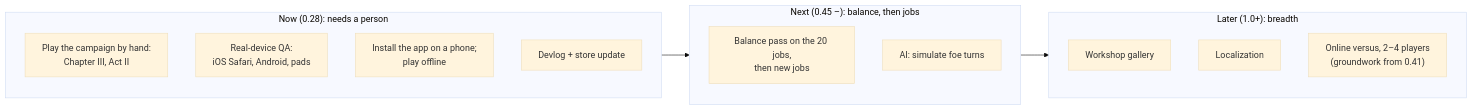
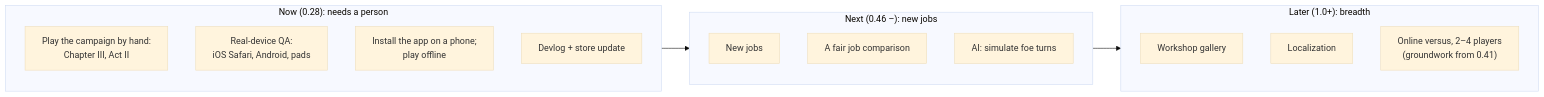
Before and after one commit to CptNope/Chess-RPG-Tactics: the second of 4 diagrams in docs/ROADMAP.md, drawn with Mermaid (base theme). The commit also changed other lines of this file and 17 other files, not shown here.

First line of the commit message:
0.45.0: balance pass on the engine; AUTO holds back

````diff
--- a/docs/ROADMAP.md
+++ b/docs/ROADMAP.md
@@ -121,22 +123,23 @@
 ```mermaid
 flowchart LR
     subgraph NOW["Now (0.28): needs a person"]
         direction TB
         N1["Play the campaign by hand:<br/>Chapter III, Act II"]
         N2["Real-device QA:<br/>iOS Safari, Android, pads"]
         N3["Install the app on a phone;<br/>play offline"]
         N4["Devlog + store update"]
     end
-    subgraph NEXT["Next (0.45 –): balance, then jobs"]
+    subgraph NEXT["Next (0.46 –): new jobs"]
         direction TB
-        X5["Balance pass on the 20 jobs,<br/>then new jobs"]
+        X5["New jobs"]
+        X6["A fair job comparison"]
         X1["AI: simulate foe turns"]
     end
     subgraph LATER["Later (1.0+): breadth"]
         direction TB
         L4["Workshop gallery"]
         L6["Localization"]
         L7["Online versus, 2–4 players<br/>(groundwork from 0.41)"]
     end
     NOW --> NEXT --> LATER
 ```
````
